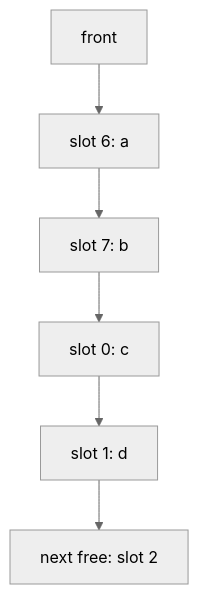
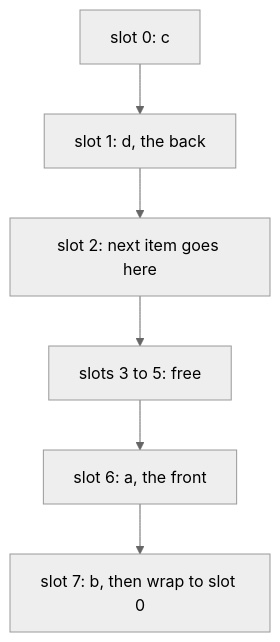
One commit to bkuberek/coding-study changed the second of 3 diagrams in guides/queues-and-deques/guide.md. Above: the diagram before and after it, drawn with Mermaid (neutral theme). The commit also changed other lines of this file and 9 other files, not shown here.

````diff
--- a/guides/queues-and-deques/guide.md
+++ b/guides/queues-and-deques/guide.md
@@ -145,6 +147,6 @@
 ```mermaid
 flowchart TD
-  accTitle: A ring buffer of 8 slots holding four items
-  accDescr: The front is slot 6, holding a. Then slot 7 holds b, the positions wrap around, slot 0 holds c and slot 1 holds d. The next item will go in slot 2.
-  front["front"] --> s6["slot 6: a"] --> s7["slot 7: b"] --> s0["slot 0: c"] --> s1["slot 1: d"] --> next["next free: slot 2"]
+  accTitle: The array of a ring buffer, in slot order
+  accDescr: An array of 8 slots, listed from slot 0 to slot 7. Slot 0 holds c and slot 1 holds d, the back of the queue. Slot 2 takes the next item, and slots 3 to 5 are free. Slot 6 holds a, the front, and slot 7 holds b, after which the queue wraps around to slot 0.
+  s0["slot 0: c"] --> s1["slot 1: d, the back"] --> s2["slot 2: next item goes here"] --> s3["slots 3 to 5: free"] --> s6["slot 6: a, the front"] --> s7["slot 7: b, then wrap to slot 0"]
 ```
````
